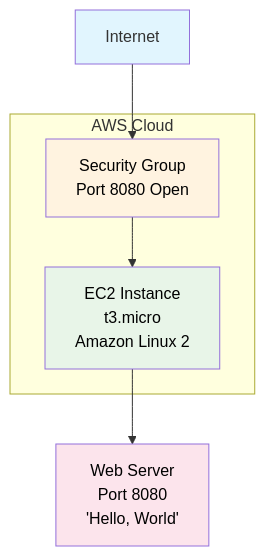
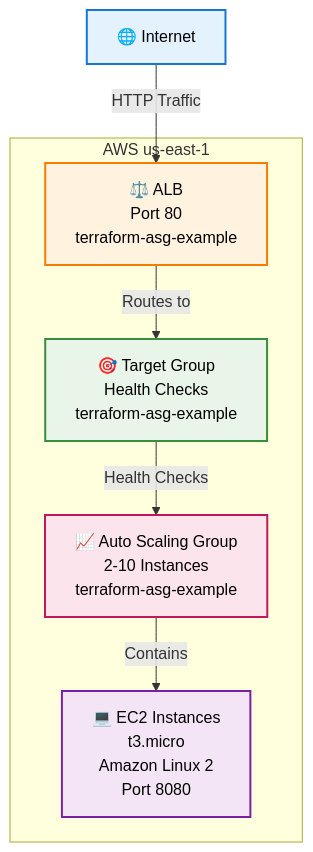
Before and after one commit to Dev-Romm/Terraform-30-days: the diagram in architecture.md, drawn with Mermaid. The commit also changed other lines of this file and 4 other files, not shown here.

````diff
--- a/architecture.md
+++ b/architecture.md
@@ -1,16 +5,35 @@
 ```mermaid
 graph TB
-    A[Internet] --> B[Security Group<br/>Port 8080 Open]
-    B --> C[EC2 Instance<br/>t3.micro<br/>Amazon Linux 2]
-    C --> D[Web Server<br/>Port 8080<br/>'Hello, World']
+    %% Define styles
+    classDef internet fill:#e3f2fd,stroke:#1976d2,stroke-width:2px,color:black
+    classDef alb fill:#fff3e0,stroke:#f57c00,stroke-width:2px,color:black
+    classDef target fill:#e8f5e8,stroke:#388e3c,stroke-width:2px,color:black
+    classDef asg fill:#fce4ec,stroke:#c2185b,stroke-width:2px,color:black
+    classDef ec2 fill:#f3e5f5,stroke:#7b1fa2,stroke-width:2px,color:black
 
-    subgraph "AWS Cloud"
+    %% Nodes
+    A[🌐 Internet]:::internet
+    B[⚖️ ALB<br/>Port 80<br/>terraform-asg-example]:::alb
+    C[🎯 Target Group<br/>Health Checks<br/>terraform-asg-example]:::target
+    D[📈 Auto Scaling Group<br/>2-10 Instances<br/>terraform-asg-example]:::asg
+    E[💻 EC2 Instances<br/>t3.micro<br/>Amazon Linux 2<br/>Port 8080]:::ec2
+
+    %% Connections
+    A -->|HTTP Traffic| B
+    B -->|Routes to| C
+    C -->|Health Checks| D
+    D -->|Contains| E
+
+    %% Subgraph for AWS
+    subgraph "AWS us-east-1"
         B
         C
+        D
+        E
     end
 
-    style A fill:#e1f5fe,color:blacks
-    style B fill:#fff3e0,color:black
-    style C fill:#e8f5e8,color:black
-    style D fill:#fce4ec,color:black
+    %% Click events (for interactive versions)
+    click B "https://console.aws.amazon.com/ec2/home?region=us-east-1#LoadBalancers:"
+    click D "https://console.aws.amazon.com/ec2/home?region=us-east-1#AutoScalingGroups:"
+    click E "https://console.aws.amazon.com/ec2/home?region=us-east-1#Instances:"
 ```
````
